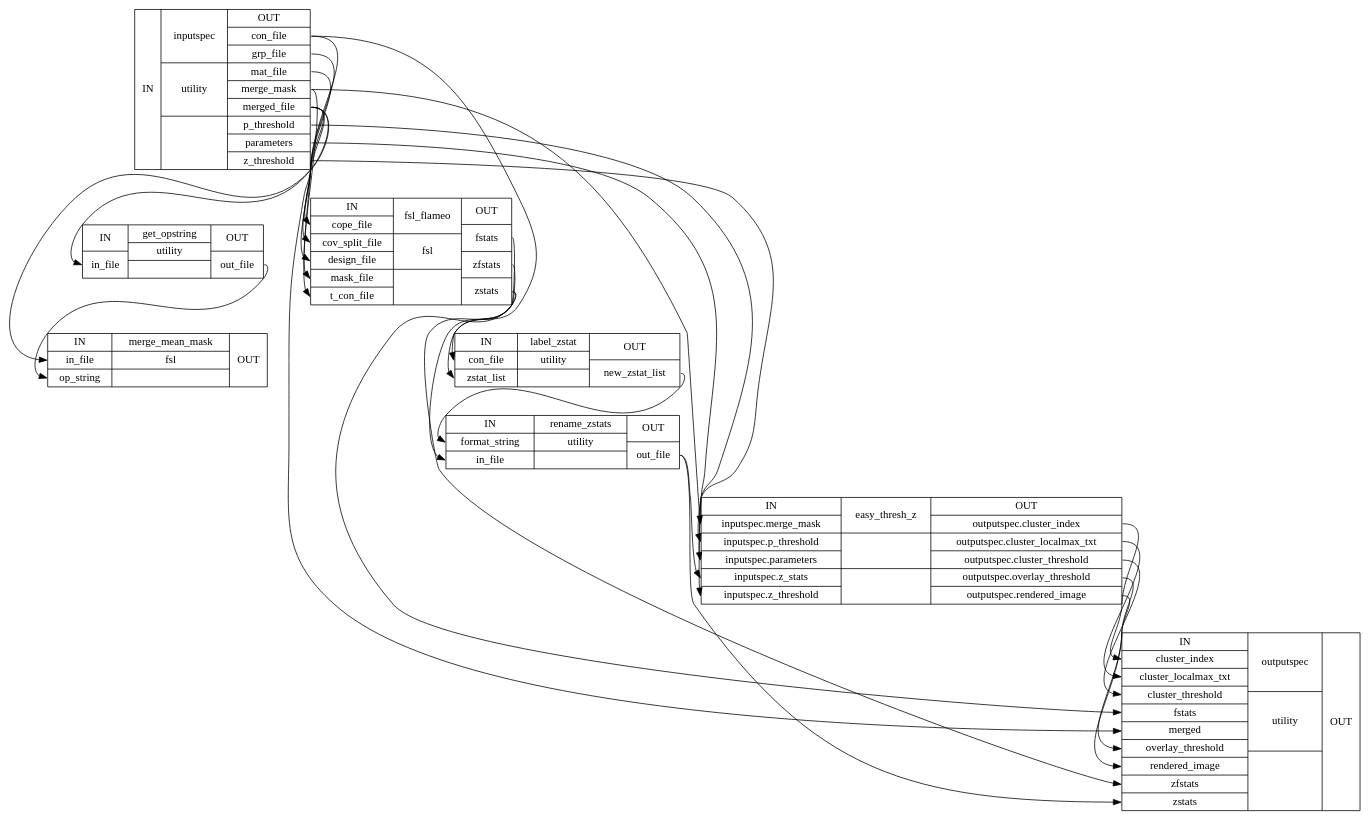
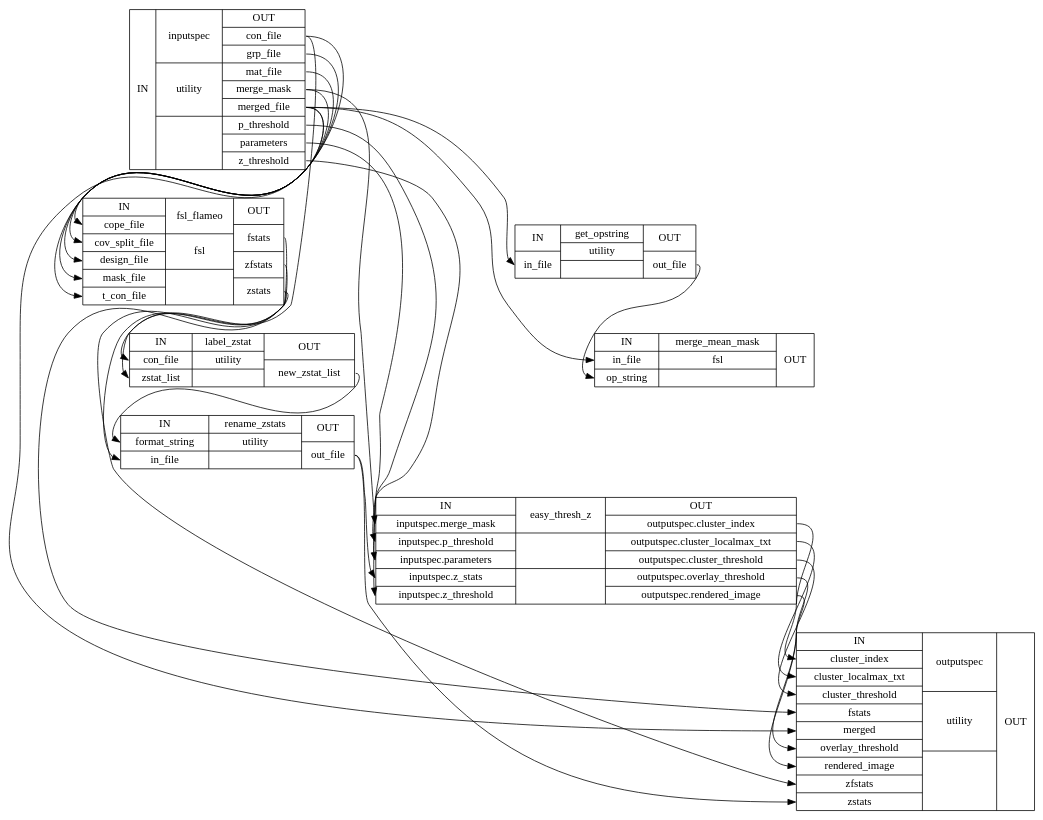
The diagram in docs/nightly/developer/workflows/images/generated/group_analysis_detailed.dot (FCP-INDI/fcp-indi.github.io), drawn with Graphviz before and after one commit. The commit also changed other lines of this file and 220 other files, not shown here.

```diff
--- a/docs/nightly/developer/workflows/images/generated/group_analysis_detailed.dot
+++ b/docs/nightly/developer/workflows/images/generated/group_analysis_detailed.dot
@@ -1,37 +1,37 @@
 digraph structs {
 node [shape=record];
 "groupAnalysisinputspec" [label="{IN}|{ inputspec | utility |  }|{OUT|<outconfile> con_file|<outgrpfile> grp_file|<outmatfile> mat_file|<outmergemask> merge_mask|<outmergedfile> merged_file|<outpthreshold> p_threshold|<outparameters> parameters|<outzthreshold> z_threshold}"];
+"groupAnalysisfsl_flameo" [label="{IN|<incopefile> cope_file|<incovsplitfile> cov_split_file|<indesignfile> design_file|<inmaskfile> mask_file|<intconfile> t_con_file}|{ fsl_flameo | fsl |  }|{OUT|<outfstats> fstats|<outzfstats> zfstats|<outzstats> zstats}"];
 "groupAnalysisget_opstring" [label="{IN|<ininfile> in_file}|{ get_opstring | utility |  }|{OUT|<outoutfile> out_file}"];
+"groupAnalysislabel_zstat" [label="{IN|<inconfile> con_file|<inzstatlist> zstat_list}|{ label_zstat | utility |  }|{OUT|<outnewzstatlist> new_zstat_list}"];
 "groupAnalysismerge_mean_mask" [label="{IN|<ininfile> in_file|<inopstring> op_string}|{ merge_mean_mask | fsl |  }|{OUT}"];
-"groupAnalysisfsl_flameo" [label="{IN|<incopefile> cope_file|<incovsplitfile> cov_split_file|<indesignfile> design_file|<inmaskfile> mask_file|<intconfile> t_con_file}|{ fsl_flameo | fsl |  }|{OUT|<outfstats> fstats|<outzfstats> zfstats|<outzstats> zstats}"];
-"groupAnalysislabel_zstat" [label="{IN|<inconfile> con_file|<inzstatlist> zstat_list}|{ label_zstat | utility |  }|{OUT|<outnewzstatlist> new_zstat_list}"];
 "groupAnalysisrename_zstats" [label="{IN|<informatstring> format_string|<ininfile> in_file}|{ rename_zstats | utility |  }|{OUT|<outoutfile> out_file}"];
 "groupAnalysiseasy_thresh_z" [label="{IN|<ininputspecmergemask> inputspec.merge_mask|<ininputspecpthreshold> inputspec.p_threshold|<ininputspecparameters> inputspec.parameters|<ininputspeczstats> inputspec.z_stats|<ininputspeczthreshold> inputspec.z_threshold}|{ easy_thresh_z |  |  }|{OUT|<outoutputspecclusterindex> outputspec.cluster_index|<outoutputspecclusterlocalmaxtxt> outputspec.cluster_localmax_txt|<outoutputspecclusterthreshold> outputspec.cluster_threshold|<outoutputspecoverlaythreshold> outputspec.overlay_threshold|<outoutputspecrenderedimage> outputspec.rendered_image}"];
 "groupAnalysisoutputspec" [label="{IN|<inclusterindex> cluster_index|<inclusterlocalmaxtxt> cluster_localmax_txt|<inclusterthreshold> cluster_threshold|<infstats> fstats|<inmerged> merged|<inoverlaythreshold> overlay_threshold|<inrenderedimage> rendered_image|<inzfstats> zfstats|<inzstats> zstats}|{ outputspec | utility |  }|{OUT}"];
 "groupAnalysiseasy_thresh_z":"outoutputspecclusterindex":e -> "groupAnalysisoutputspec":"inclusterindex":w;
 "groupAnalysiseasy_thresh_z":"outoutputspecclusterlocalmaxtxt":e -> "groupAnalysisoutputspec":"inclusterlocalmaxtxt":w;
 "groupAnalysiseasy_thresh_z":"outoutputspecclusterthreshold":e -> "groupAnalysisoutputspec":"inclusterthreshold":w;
 "groupAnalysiseasy_thresh_z":"outoutputspecoverlaythreshold":e -> "groupAnalysisoutputspec":"inoverlaythreshold":w;
 "groupAnalysiseasy_thresh_z":"outoutputspecrenderedimage":e -> "groupAnalysisoutputspec":"inrenderedimage":w;
 "groupAnalysisfsl_flameo":"outfstats":e -> "groupAnalysisoutputspec":"infstats":w;
 "groupAnalysisfsl_flameo":"outzfstats":e -> "groupAnalysisoutputspec":"inzfstats":w;
 "groupAnalysisfsl_flameo":"outzstats":e -> "groupAnalysislabel_zstat":"inzstatlist":w;
 "groupAnalysisfsl_flameo":"outzstats":e -> "groupAnalysisrename_zstats":"ininfile":w;
 "groupAnalysisget_opstring":"outoutfile":e -> "groupAnalysismerge_mean_mask":"inopstring":w;
 "groupAnalysisinputspec":"outconfile":e -> "groupAnalysisfsl_flameo":"intconfile":w;
 "groupAnalysisinputspec":"outconfile":e -> "groupAnalysislabel_zstat":"inconfile":w;
 "groupAnalysisinputspec":"outgrpfile":e -> "groupAnalysisfsl_flameo":"incovsplitfile":w;
 "groupAnalysisinputspec":"outmatfile":e -> "groupAnalysisfsl_flameo":"indesignfile":w;
 "groupAnalysisinputspec":"outmergedfile":e -> "groupAnalysisfsl_flameo":"incopefile":w;
 "groupAnalysisinputspec":"outmergedfile":e -> "groupAnalysisget_opstring":"ininfile":w;
 "groupAnalysisinputspec":"outmergedfile":e -> "groupAnalysismerge_mean_mask":"ininfile":w;
 "groupAnalysisinputspec":"outmergedfile":e -> "groupAnalysisoutputspec":"inmerged":w;
 "groupAnalysisinputspec":"outmergemask":e -> "groupAnalysiseasy_thresh_z":"ininputspecmergemask":w;
 "groupAnalysisinputspec":"outmergemask":e -> "groupAnalysisfsl_flameo":"inmaskfile":w;
 "groupAnalysisinputspec":"outparameters":e -> "groupAnalysiseasy_thresh_z":"ininputspecparameters":w;
 "groupAnalysisinputspec":"outpthreshold":e -> "groupAnalysiseasy_thresh_z":"ininputspecpthreshold":w;
 "groupAnalysisinputspec":"outzthreshold":e -> "groupAnalysiseasy_thresh_z":"ininputspeczthreshold":w;
 "groupAnalysislabel_zstat":"outnewzstatlist":e -> "groupAnalysisrename_zstats":"informatstring":w;
 "groupAnalysisrename_zstats":"outoutfile":e -> "groupAnalysiseasy_thresh_z":"ininputspeczstats":w;
 "groupAnalysisrename_zstats":"outoutfile":e -> "groupAnalysisoutputspec":"inzstats":w;
 }
```
